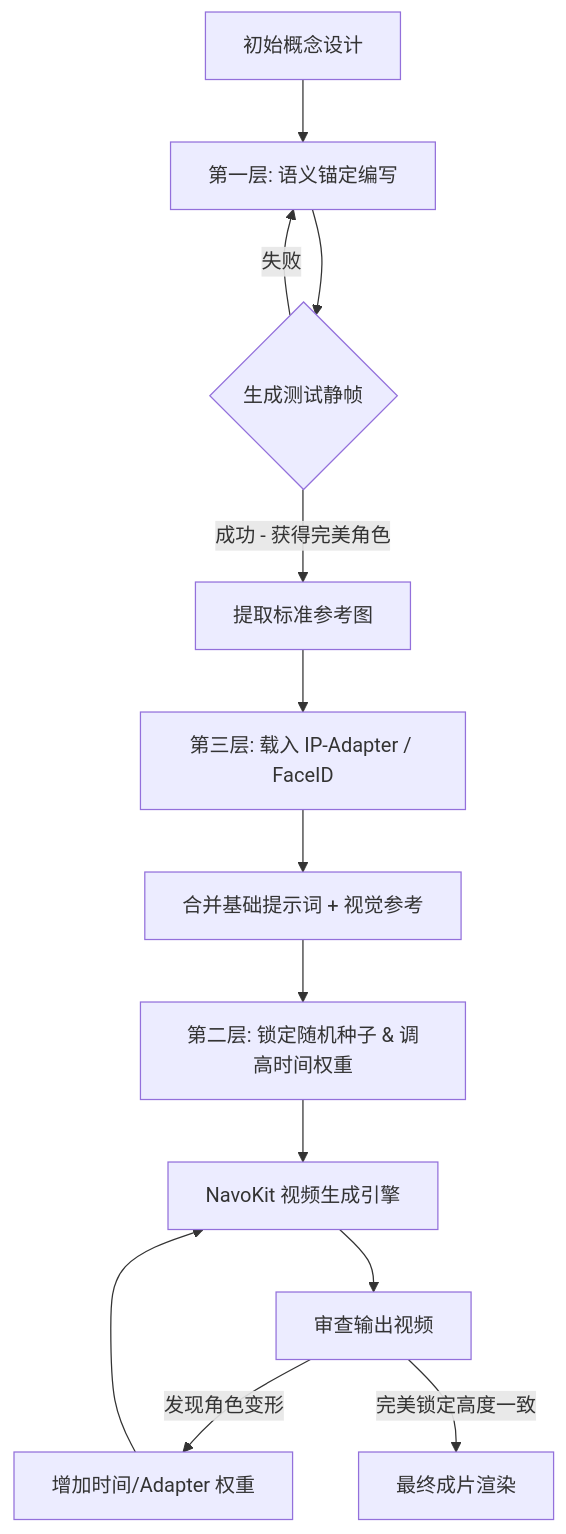
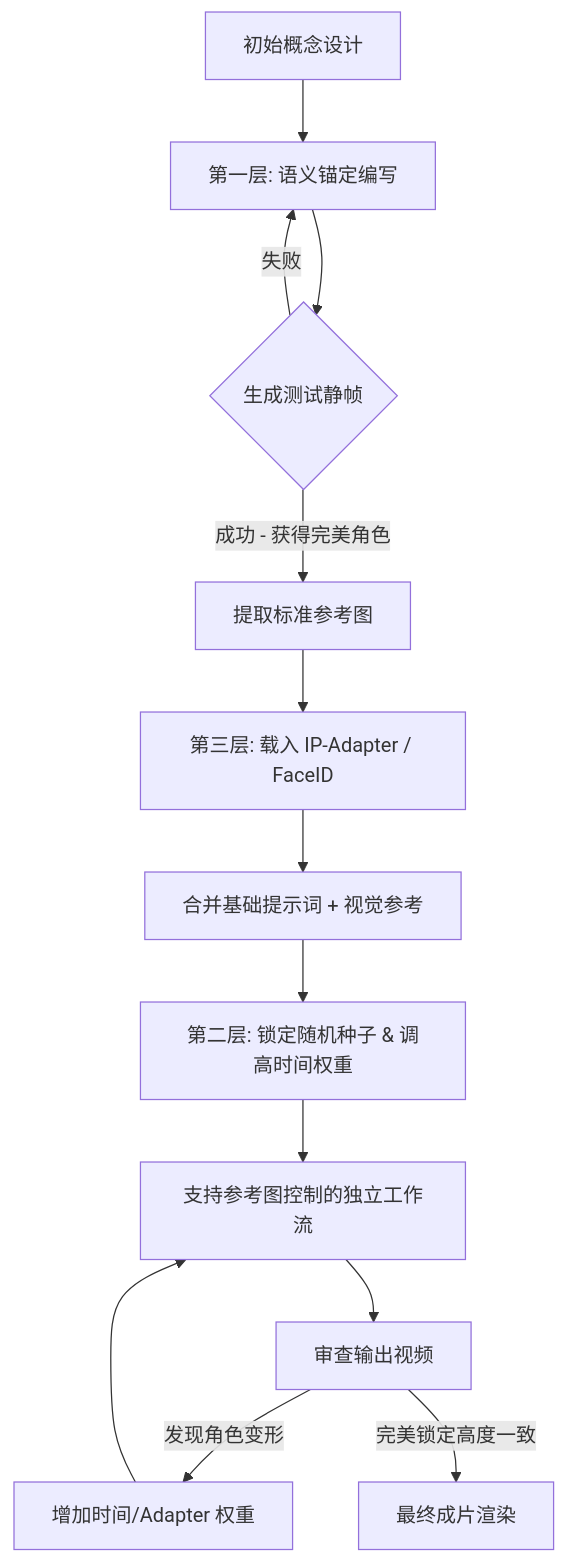
One commit to Blackdcp/navokit changed the diagram in src/content/blog/zh/ai-video-character-consistency.md. Above: the diagram before and after it, drawn with Mermaid. The commit also changed other lines of this file and 250 other files, not shown here.

Commit message:
Launch NavoKit discovery directory and improve GEO foundations

````diff
--- a/src/content/blog/zh/ai-video-character-consistency.md
+++ b/src/content/blog/zh/ai-video-character-consistency.md
@@ -63,15 +62,15 @@
 ```mermaid
 graph TD
     A[初始概念设计] --> B[第一层: 语义锚定编写]
     B --> C{生成测试静帧}
     C -->|失败| B
     C -->|成功 - 获得完美角色| D[提取标准参考图]
     D --> E[第三层: 载入 IP-Adapter / FaceID]
     E --> F[合并基础提示词 + 视觉参考]
     F --> G[第二层: 锁定随机种子 & 调高时间权重]
-    G --> H[NavoKit 视频生成引擎]
+    G --> H[支持参考图控制的独立工作流]
     H --> I[审查输出视频]
     I -->|发现角色变形| J[增加时间/Adapter 权重]
     J --> H
     I -->|完美锁定高度一致| K[最终成片渲染]
 ```
````
